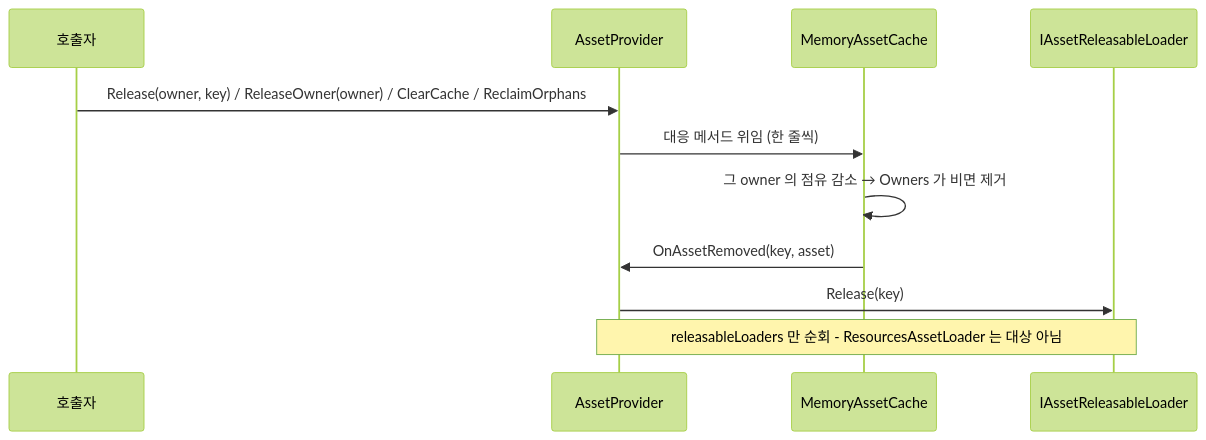
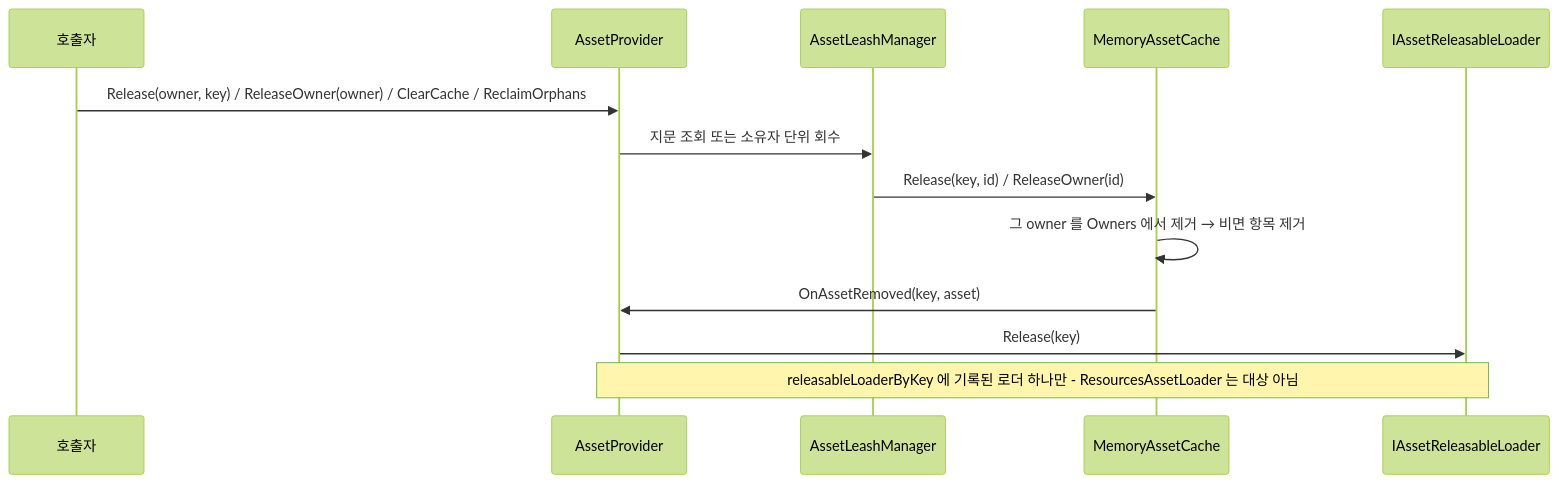
One commit to HoHong123/HCUP-Unity changed the third of 3 diagrams in HResource/docs/Provider.md. Above: the diagram before and after it, drawn with Mermaid (forest theme). The commit also changed other lines of this file, not shown here.

````diff
--- a/HResource/docs/Provider.md
+++ b/HResource/docs/Provider.md
@@ -134,14 +125,16 @@
 ```mermaid
 sequenceDiagram
     participant C as 호출자
     participant P as AssetProvider
+    participant N as AssetLeashManager
     participant M as MemoryAssetCache
     participant L as IAssetReleasableLoader
 
     C->>P: Release(owner, key) / ReleaseOwner(owner) / ClearCache / ReclaimOrphans
-    P->>M: 대응 메서드 위임 (한 줄씩)
-    M->>M: 그 owner 의 점유 감소 → Owners 가 비면 제거
+    P->>N: 지문 조회 또는 소유자 단위 회수
+    N->>M: Release(key, id) / ReleaseOwner(id)
+    M->>M: 그 owner 를 Owners 에서 제거 → 비면 항목 제거
     M->>P: OnAssetRemoved(key, asset)
     P->>L: Release(key)
-    Note over P,L: releasableLoaders 만 순회 - ResourcesAssetLoader 는 대상 아님
+    Note over P,L: releasableLoaderByKey 에 기록된 로더 하나만 - ResourcesAssetLoader 는 대상 아님
 ```
````
